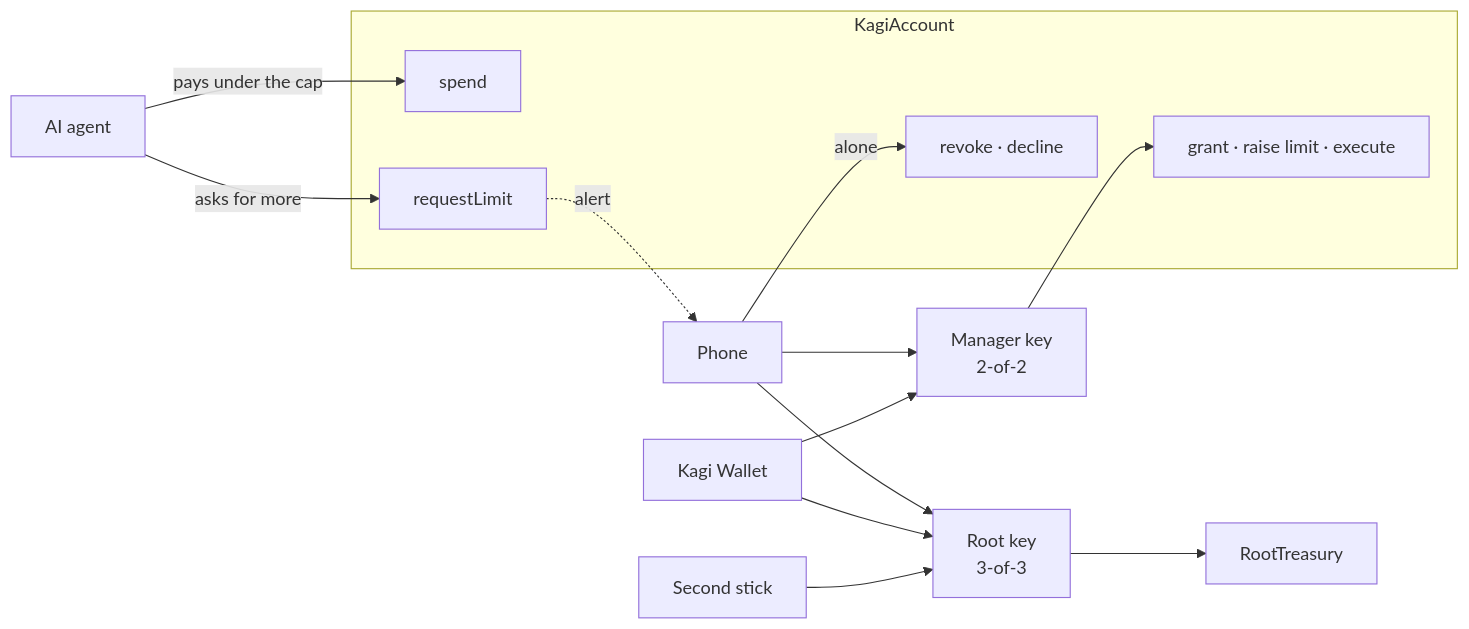
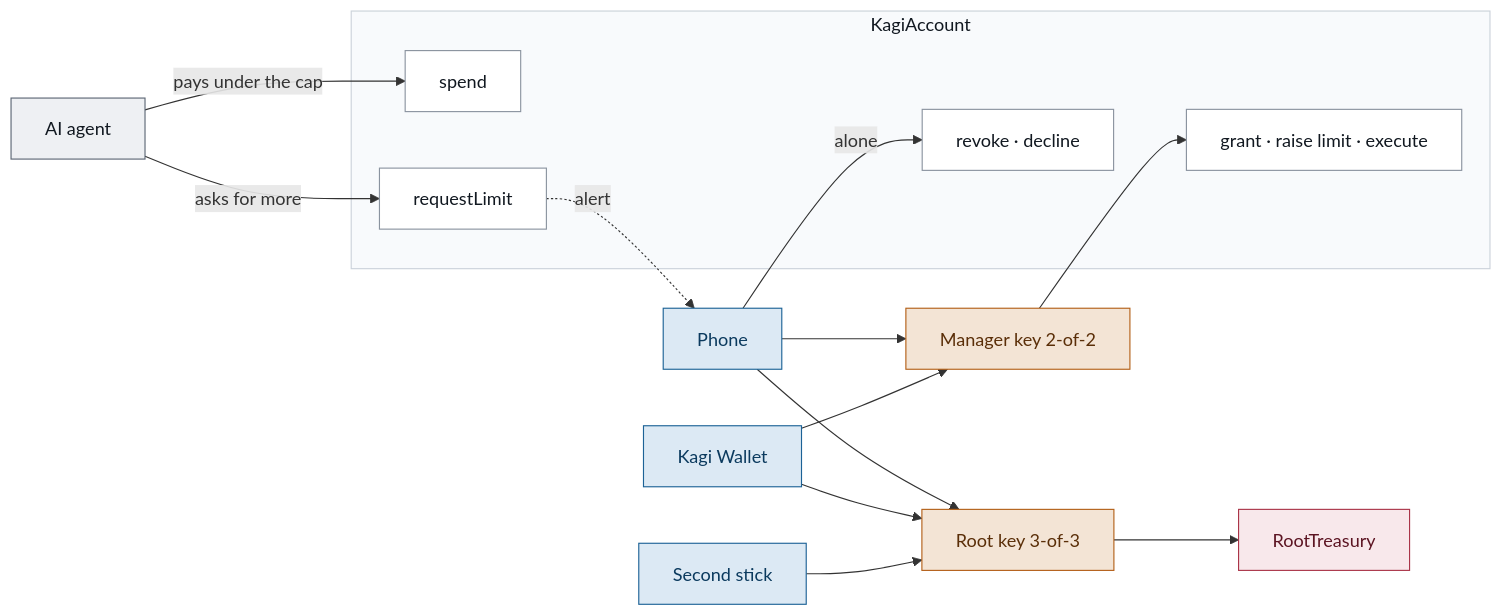
The diagram in docs/kagi-protocol.md (team-somehow/kagi-wallet), drawn with Mermaid before and after one commit. The commit also changed 1 other file, not shown here.

Commit message:
docs: one-line, coloured diagrams

````diff
--- a/docs/kagi-protocol.md
+++ b/docs/kagi-protocol.md
@@ -40,30 +40,42 @@
 ```mermaid
 flowchart LR
     Agent["AI agent"]
     Phone["Phone"]
     Kagi["Kagi Wallet"]
     Second["Second stick"]
 
     subgraph Account["KagiAccount"]
         Spend["spend"]
         Request["requestLimit"]
         Admin["grant · raise limit · execute"]
         Stop["revoke · decline"]
     end
 
-    Manager["Manager key<br/>2-of-2"]
-    Root["Root key<br/>3-of-3"]
+    Manager["Manager key 2-of-2"]
+    Root["Root key 3-of-3"]
     Treasury["RootTreasury"]
 
     Agent -- "pays under the cap" --> Spend
     Agent -- "asks for more" --> Request
     Request -. "alert" .-> Phone
     Phone --> Manager
     Kagi --> Manager
     Manager --> Admin
     Phone -- "alone" --> Stop
     Phone --> Root
     Kagi --> Root
     Second --> Root
     Root --> Treasury
+
+    classDef agent fill:#EEF0F3,stroke:#5C6674,color:#111820
+    classDef device fill:#DCE9F4,stroke:#1C6296,color:#0B3A5E
+    classDef key fill:#F3E4D5,stroke:#B35F17,color:#5A2E08
+    classDef fn fill:#FFFFFF,stroke:#8A939F,color:#111820
+    classDef vault fill:#F8E8EB,stroke:#AA3448,color:#5C1422
+    class Agent agent
+    class Phone,Kagi,Second device
+    class Manager,Root key
+    class Spend,Request,Admin,Stop fn
+    class Treasury vault
+    style Account fill:#F8FAFC,stroke:#CBD2DA,color:#111820
 ```
````
